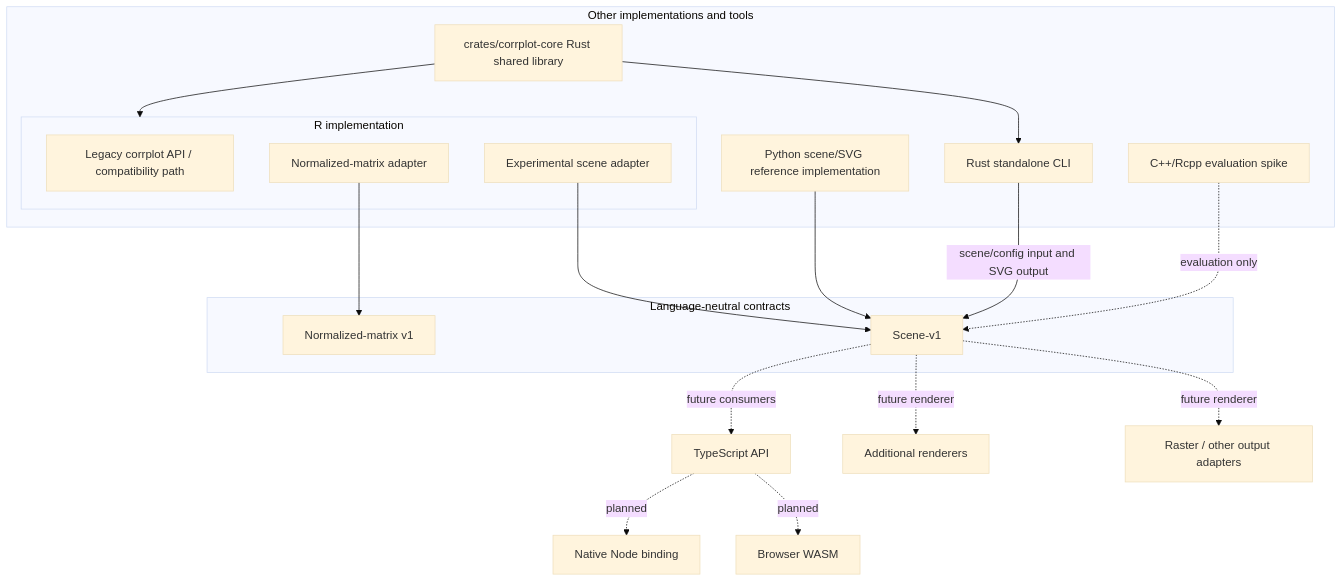
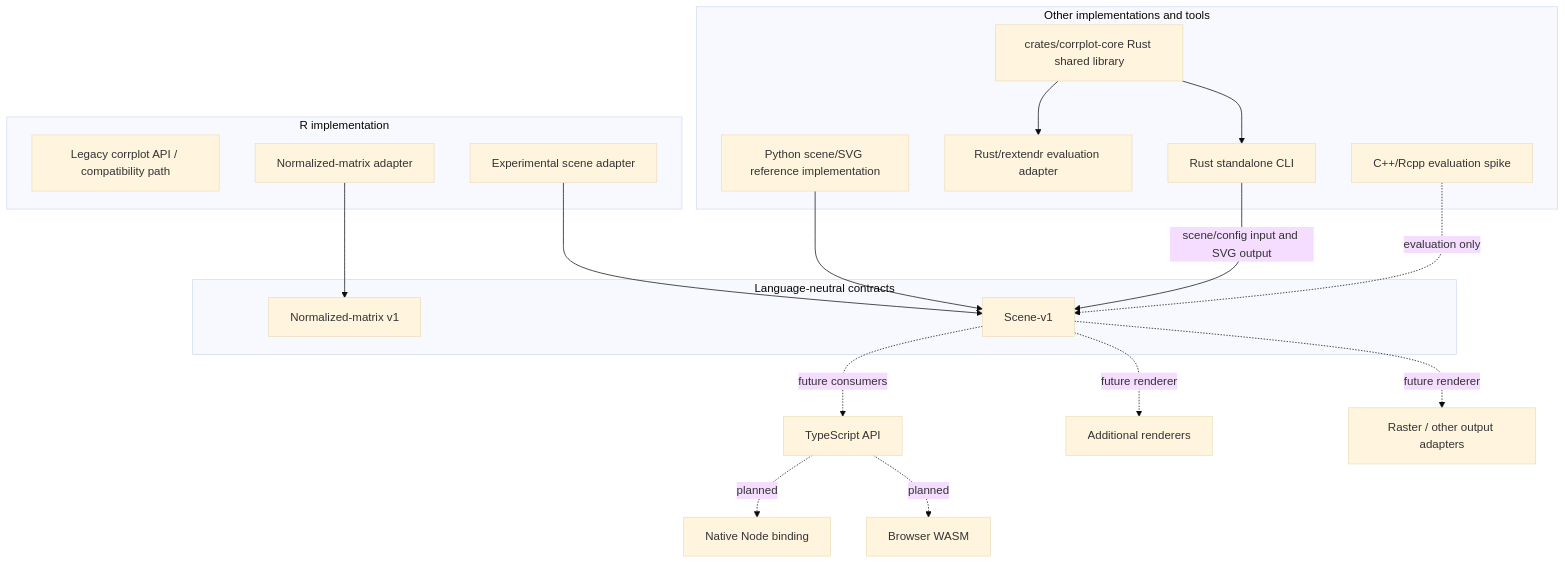
One commit to vsimko/corrplot-ng changed the diagram in docs/architecture.md. Above: the diagram before and after it, drawn with Mermaid (base theme). The commit also changed other lines of this file, not shown here.

Commit message:
docs: correct shared-core architecture diagram and boundary

````diff
--- a/docs/architecture.md
+++ b/docs/architecture.md
@@ -24,35 +24,35 @@
 ```mermaid
 flowchart TB
     subgraph Contracts[Language-neutral contracts]
       NM[Normalized-matrix v1]
       SC[Scene-v1]
     end
 
     subgraph R[R implementation]
       RLEG[Legacy corrplot API / compatibility path]
       RNORM[Normalized-matrix adapter]
       RSCENE[Experimental scene adapter]
     end
 
     subgraph Other[Other implementations and tools]
       CORE[crates/corrplot-core Rust shared library]
       CLI[Rust standalone CLI]
-      R[Rust/rextendr evaluation adapter]
+      REXTENDR[Rust/rextendr evaluation adapter]
       PY[Python scene/SVG reference implementation]
       SPIKES[C++/Rcpp evaluation spike]
     end
 
     RNORM --> NM
     RSCENE --> SC
     CORE --> CLI
-    CORE --> R
+    CORE --> REXTENDR
     PY --> SC
     CLI -->|scene/config input and SVG output| SC
     SPIKES -. evaluation only .-> SC
 
     SC -. future consumers .-> TS[TypeScript API]
     TS -. planned .-> NODE[Native Node binding]
     TS -. planned .-> WASM[Browser WASM]
     SC -. future renderer .-> SVG[Additional renderers]
     SC -. future renderer .-> RENDER[Raster / other output adapters]
 ```
````
